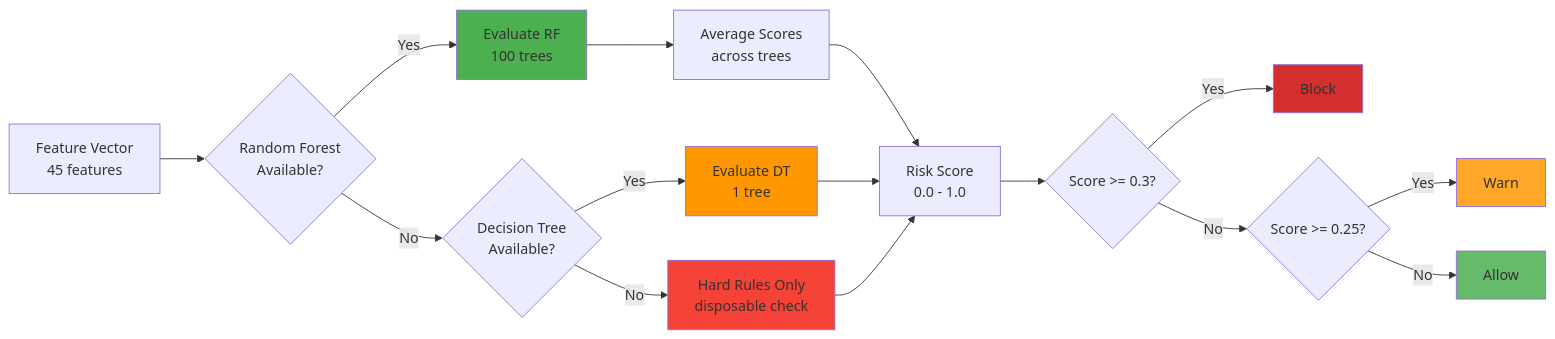
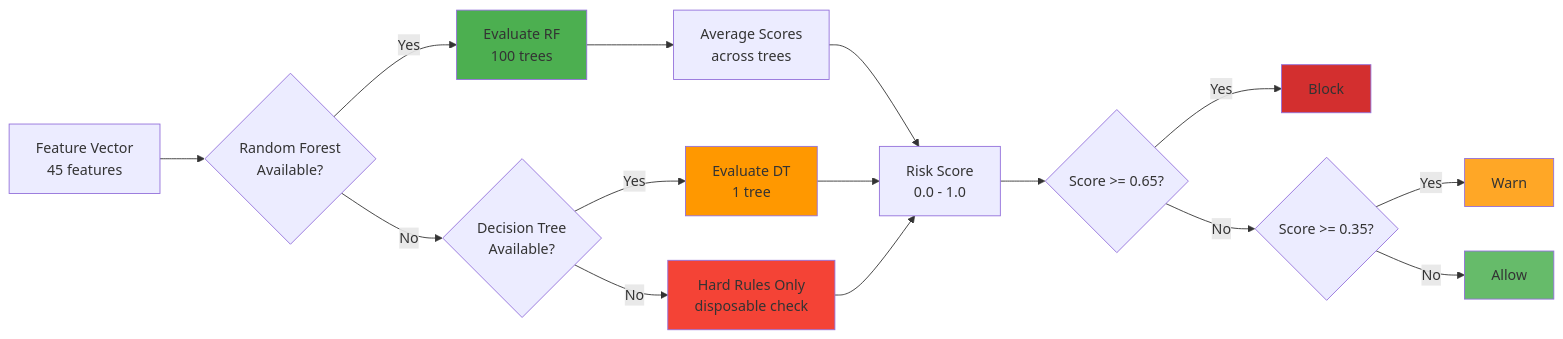
One commit to erfianugrah/markov-mail changed the fourth of 7 diagrams in docs/ARCHITECTURE.md. Above: the diagram before and after it, drawn with Mermaid. The commit also changed other lines of this file and 22 other files, not shown here.

````diff
--- a/docs/ARCHITECTURE.md
+++ b/docs/ARCHITECTURE.md
@@ -212,29 +212,29 @@
 ```mermaid
 flowchart LR
     A[Feature Vector<br/>45 features] --> B{Random Forest<br/>Available?}
 
     B -->|Yes| C[Evaluate RF<br/>100 trees]
     B -->|No| D{Decision Tree<br/>Available?}
 
     C --> E[Average Scores<br/>across trees]
     E --> F[Risk Score<br/>0.0 - 1.0]
 
     D -->|Yes| G[Evaluate DT<br/>1 tree]
     D -->|No| H[Hard Rules Only<br/>disposable check]
 
     G --> F
     H --> F
 
-    F --> I{Score >= 0.3?}
+    F --> I{Score >= 0.65?}
     I -->|Yes| J[Block]
-    I -->|No| K{Score >= 0.25?}
+    I -->|No| K{Score >= 0.35?}
     K -->|Yes| L[Warn]
     K -->|No| M[Allow]
 
     style C fill:#4caf50
     style G fill:#ff9800
     style H fill:#f44336
     style J fill:#d32f2f
     style L fill:#ffa726
     style M fill:#66bb6a
 ```
````
